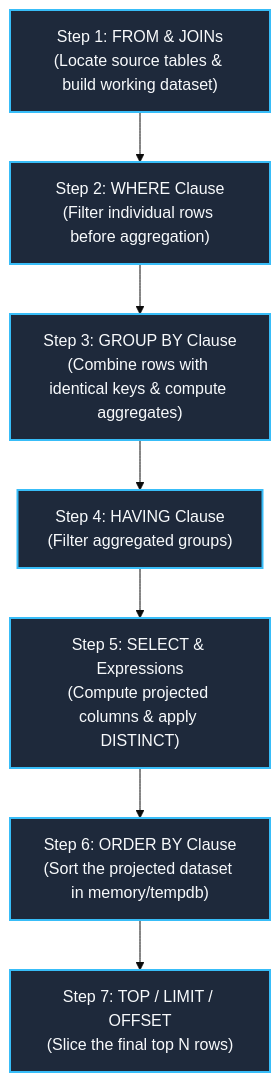
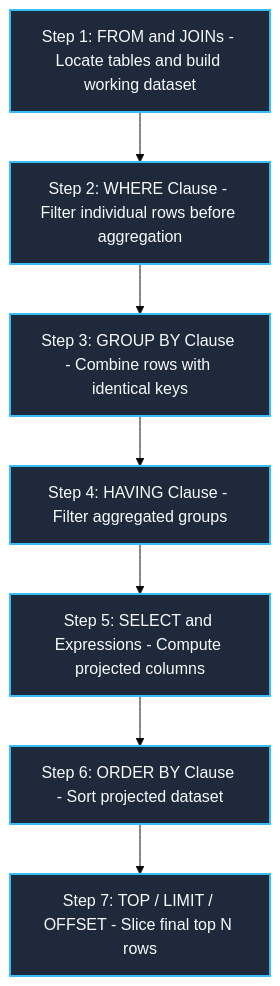
Before and after one commit to AkmKawser/Database-Management-System: the diagram in Skills_Output/query/001_sql_logical_execution_order_internals.md, drawn with Mermaid (base theme). The commit also changed 4 other files, not shown here.

````diff
--- a/Skills_Output/query/001_sql_logical_execution_order_internals.md
+++ b/Skills_Output/query/001_sql_logical_execution_order_internals.md
@@ -43,12 +43,12 @@
 ```mermaid
 flowchart TD
-    Step1["Step 1: FROM & JOINs<br/>(Locate source tables & build working dataset)"] --> Step2["Step 2: WHERE Clause<br/>(Filter individual rows before aggregation)"]
-    Step2 --> Step3["Step 3: GROUP BY Clause<br/>(Combine rows with identical keys & compute aggregates)"]
-    Step3 --> Step4["Step 4: HAVING Clause<br/>(Filter aggregated groups)"]
-    Step4 --> Step5["Step 5: SELECT & Expressions<br/>(Compute projected columns & apply DISTINCT)"]
-    Step5 --> Step6["Step 6: ORDER BY Clause<br/>(Sort the projected dataset in memory/tempdb)"]
-    Step6 --> Step7["Step 7: TOP / LIMIT / OFFSET<br/>(Slice the final top N rows)"]
+    Step1["Step 1: FROM and JOINs - Locate tables and build working dataset"] --> Step2["Step 2: WHERE Clause - Filter individual rows before aggregation"]
+    Step2 --> Step3["Step 3: GROUP BY Clause - Combine rows with identical keys"]
+    Step3 --> Step4["Step 4: HAVING Clause - Filter aggregated groups"]
+    Step4 --> Step5["Step 5: SELECT and Expressions - Compute projected columns"]
+    Step5 --> Step6["Step 6: ORDER BY Clause - Sort projected dataset"]
+    Step6 --> Step7["Step 7: TOP / LIMIT / OFFSET - Slice final top N rows"]
 
     classDef stage fill:#1e293b,stroke:#38bdf8,stroke-width:2px,color:#f8fafc;
     class Step1,Step2,Step3,Step4,Step5,Step6,Step7 stage;
 ```
````
